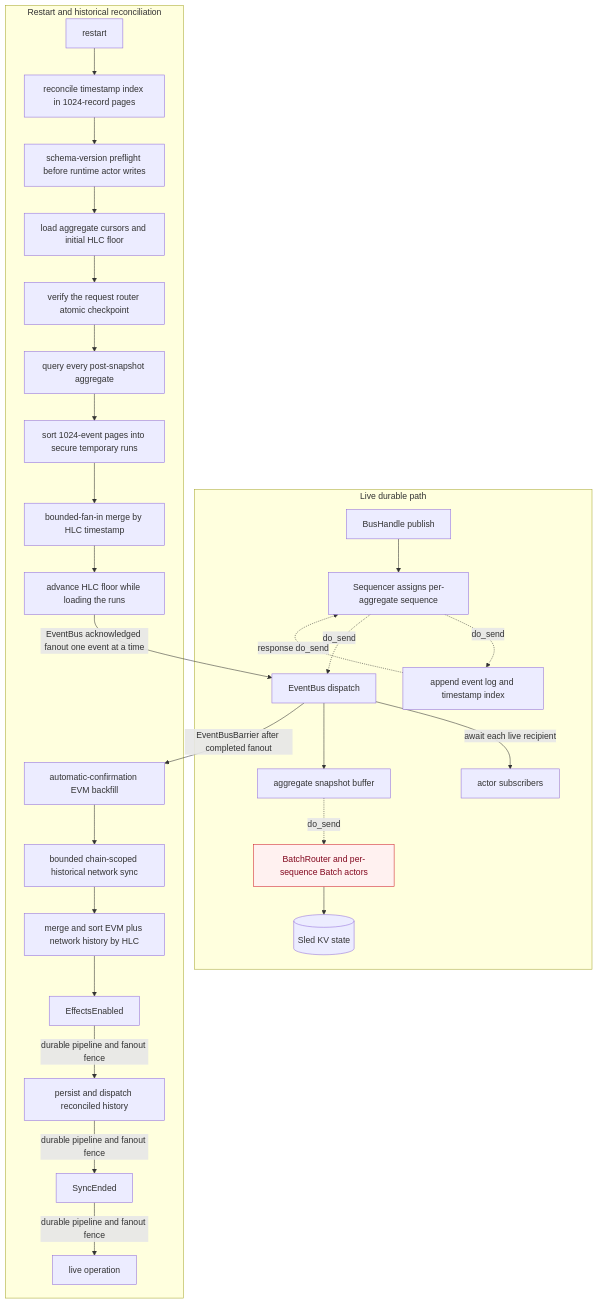
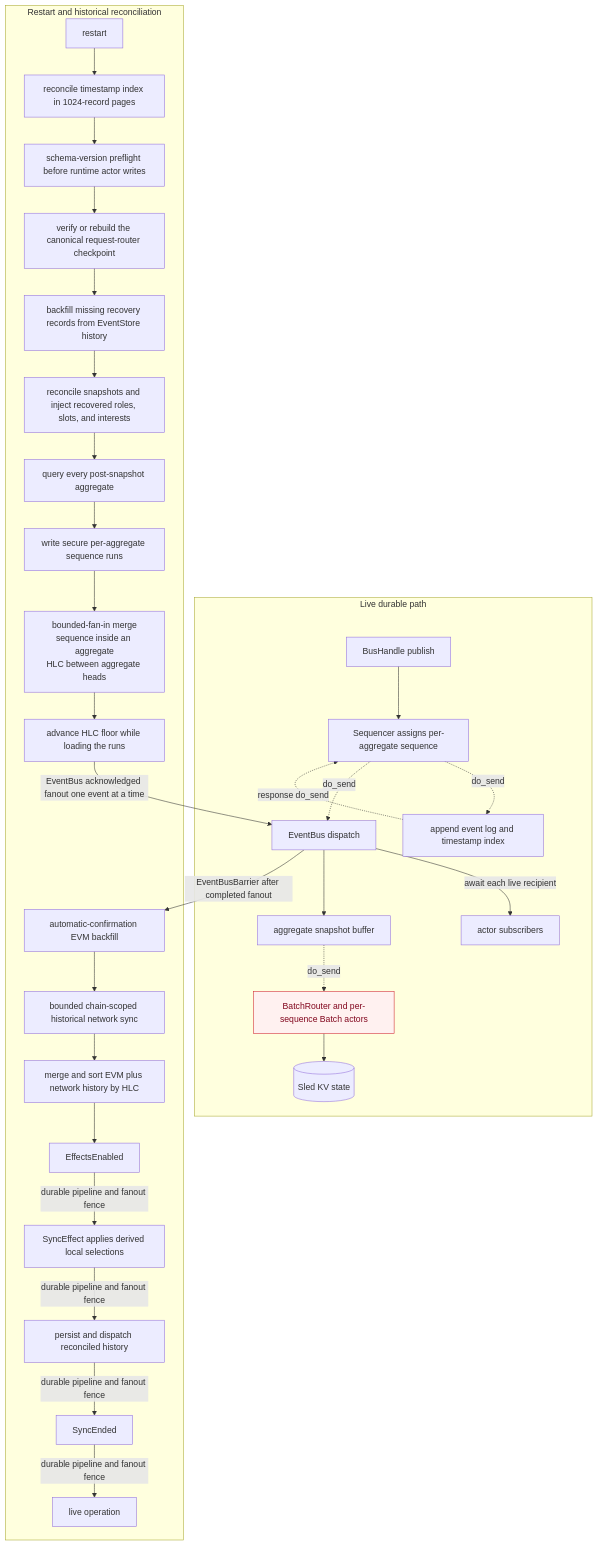
The fifth of 15 diagrams in agent/CRATES_ARCHITECTURE.md (auryn-macmillan/enclave), drawn with Mermaid before and after one commit. The commit also changed other lines of this file and 59 other files, not shown here.

````diff
--- a/agent/CRATES_ARCHITECTURE.md
+++ b/agent/CRATES_ARCHITECTURE.md
@@ -328,35 +328,37 @@
 ```mermaid
 flowchart TD
     subgraph LivePath[Live durable path]
         Publish[BusHandle publish] --> Sequencer[Sequencer assigns per-aggregate sequence]
         Sequencer -. do_send .-> EventStore[append event log and timestamp index]
         EventStore -. response do_send .-> Sequencer
         Sequencer -. do_send .-> Dispatch[EventBus dispatch]
         Dispatch -->|await each live recipient| Subscribers[actor subscribers]
         Dispatch --> SnapshotBuffer[aggregate snapshot buffer]
         SnapshotBuffer -. do_send .-> SnapshotRouter[BatchRouter and per-sequence Batch actors]
         SnapshotRouter --> Repositories[(Sled KV state)]
     end
 
     subgraph Recovery[Restart and historical reconciliation]
         Restart[restart] --> Index[reconcile timestamp index in 1024-record pages]
         Index --> Schema[schema-version preflight before runtime actor writes]
-        Schema --> SnapshotMeta[load aggregate cursors and initial HLC floor]
-        SnapshotMeta --> RouterCursor[verify the request router atomic checkpoint]
-        RouterCursor --> Query[query every post-snapshot aggregate]
-        Query --> Runs[sort 1024-event pages into secure temporary runs]
-        Runs --> GlobalOrder[bounded-fan-in merge by HLC timestamp]
+        Schema --> RouterCursor[verify or rebuild the canonical request-router checkpoint]
+        RouterCursor --> Backfill[backfill missing recovery records from EventStore history]
+        Backfill --> SnapshotMeta[reconcile snapshots and inject recovered roles, slots, and interests]
+        SnapshotMeta --> Query[query every post-snapshot aggregate]
+        Query --> Runs[write secure per-aggregate sequence runs]
+        Runs --> GlobalOrder[bounded-fan-in merge<br/>sequence inside an aggregate<br/>HLC between aggregate heads]
         GlobalOrder --> ReplayFloor[advance HLC floor while loading the runs]
         ReplayFloor -->|EventBus acknowledged fanout one event at a time| Dispatch
         Dispatch -->|EventBusBarrier after completed fanout| EvmBackfill[automatic-confirmation EVM backfill]
         EvmBackfill --> NetBackfill[bounded chain-scoped historical network sync]
         NetBackfill --> Merge[merge and sort EVM plus network history by HLC]
         Merge --> Enable[EffectsEnabled]
-        Enable -->|durable pipeline and fanout fence| PersistHistory[persist and dispatch reconciled history]
+        Enable -->|durable pipeline and fanout fence| Resume[SyncEffect applies derived local selections]
+        Resume -->|durable pipeline and fanout fence| PersistHistory[persist and dispatch reconciled history]
         PersistHistory -->|durable pipeline and fanout fence| End[SyncEnded]
         End -->|durable pipeline and fanout fence| Live[live operation]
     end
 
     classDef residual fill:#fff1f0,stroke:#cf222e,color:#82071e
     class SnapshotRouter residual
 ```
````
